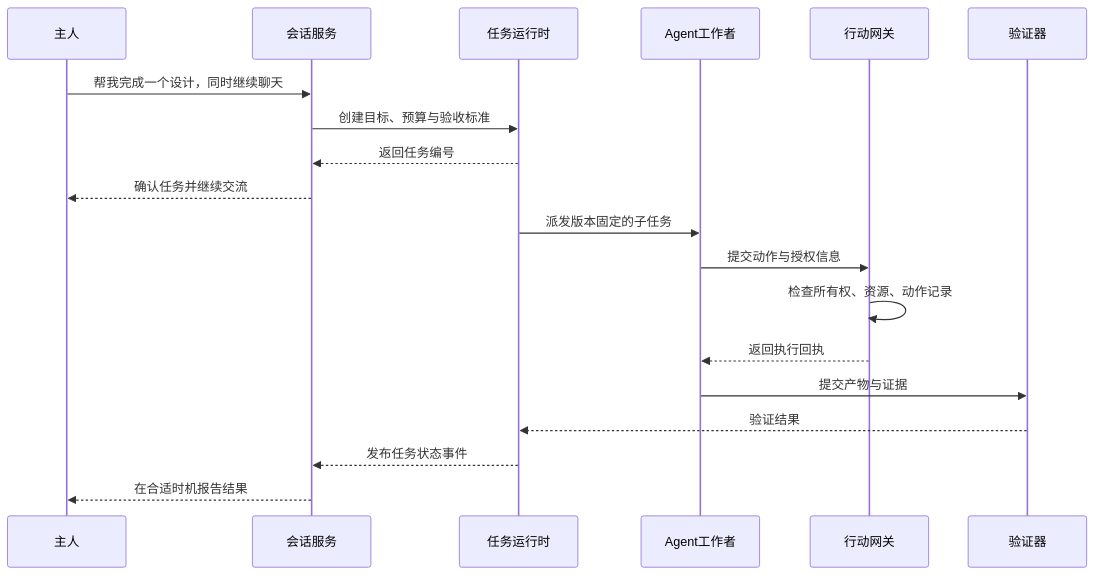
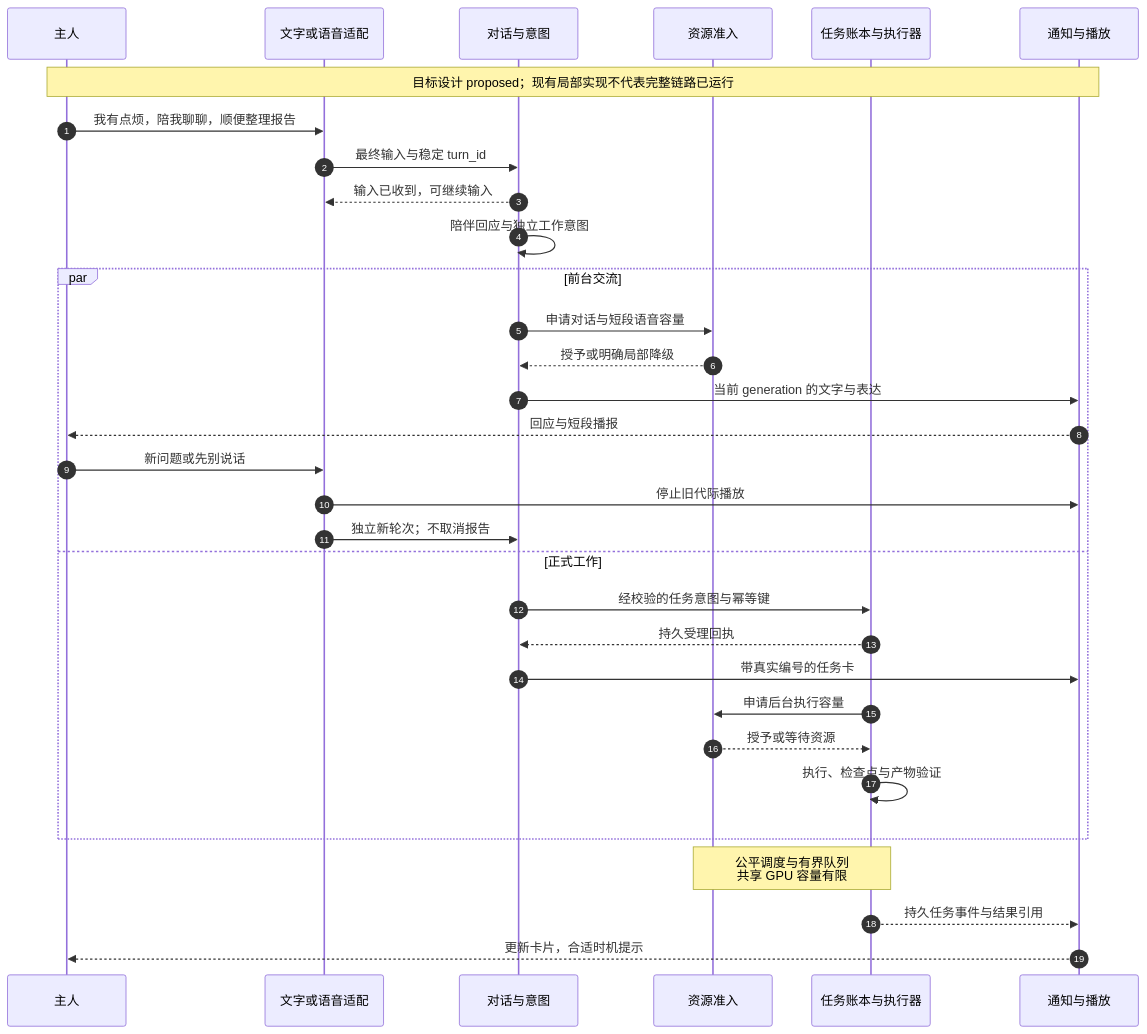
One commit to Samuel521199/JarvisSystem changed the diagram in docs/diagrams/parallel-dialogue-task.mmd. Above: the diagram before and after it, drawn with Mermaid. The commit also changed 693 other files, not shown here.

```diff
--- a/docs/diagrams/parallel-dialogue-task.mmd
+++ b/docs/diagrams/parallel-dialogue-task.mmd
@@ -1,19 +1,32 @@
 sequenceDiagram
+    autonumber
     participant U as 主人
-    participant S as 会话服务
-    participant T as 任务运行时
-    participant W as Agent工作者
-    participant G as 行动网关
-    participant V as 验证器
-    U->>S: 帮我完成一个设计，同时继续聊天
-    S->>T: 创建目标、预算与验收标准
-    T-->>S: 返回任务编号
-    S-->>U: 确认任务并继续交流
-    T->>W: 派发版本固定的子任务
-    W->>G: 提交动作与授权信息
-    G->>G: 检查所有权、资源、动作记录
-    G-->>W: 返回执行回执
-    W->>V: 提交产物与证据
-    V-->>T: 验证结果
-    T-->>S: 发布任务状态事件
-    S-->>U: 在合适时机报告结果
+    participant I as 文字或语音适配
+    participant D as 对话与意图
+    participant R as 资源准入
+    participant T as 任务账本与执行器
+    participant N as 通知与播放
+    Note over U,N: 目标设计 proposed；现有局部实现不代表完整链路已运行
+    U->>I: 我有点烦，陪我聊聊，顺便整理报告
+    I->>D: 最终输入与稳定 turn_id
+    D-->>I: 输入已收到，可继续输入
+    D->>D: 陪伴回应与独立工作意图
+    par 前台交流
+        D->>R: 申请对话与短段语音容量
+        R-->>D: 授予或明确局部降级
+        D->>N: 当前 generation 的文字与表达
+        N-->>U: 回应与短段播报
+        U->>I: 新问题或先别说话
+        I->>N: 停止旧代际播放
+        I->>D: 独立新轮次；不取消报告
+    and 正式工作
+        D->>T: 经校验的任务意图与幂等键
+        T-->>D: 持久受理回执
+        D->>N: 带真实编号的任务卡
+        T->>R: 申请后台执行容量
+        R-->>T: 授予或等待资源
+        T->>T: 执行、检查点与产物验证
+    end
+    Note over R,T: 公平调度与有界队列<br/>共享 GPU 容量有限
+    T-->>N: 持久任务事件与结果引用
+    N-->>U: 更新卡片，合适时机提示
```
